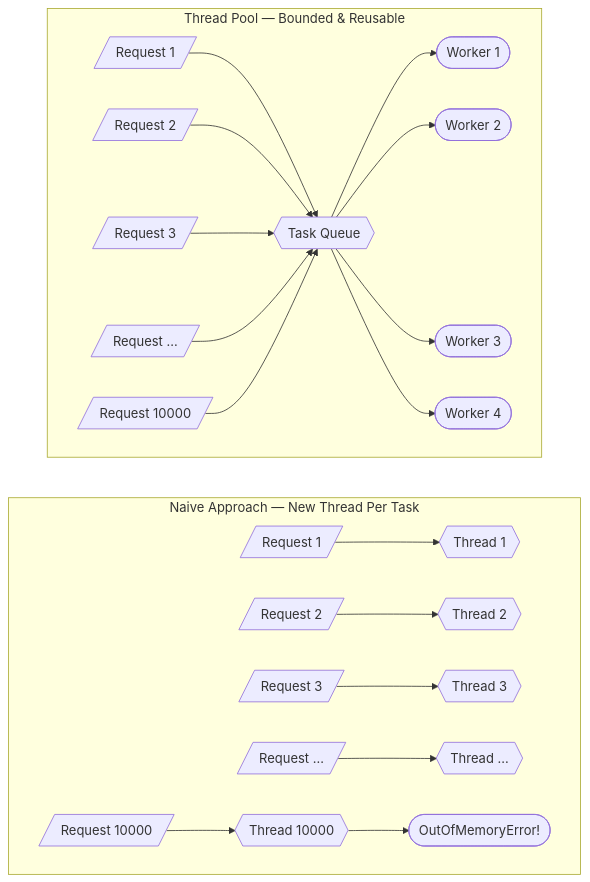
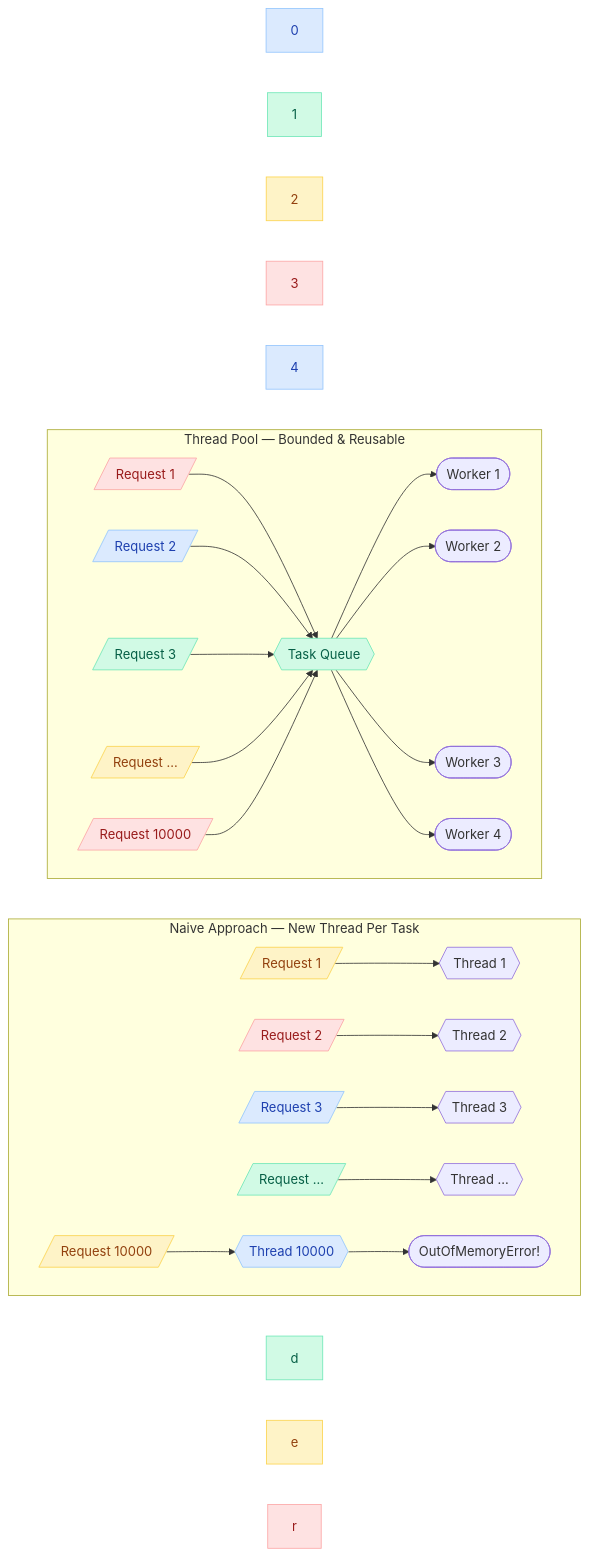
Before and after one commit to saivamsikaruturi/vamsilabs-dev-notes-main: the first of 5 diagrams in docs/java/Executors.md, drawn with Mermaid. The commit also changed other lines of this file and 220 other files, not shown here.

First line of the commit message:
Add 50+ new Java/Spring Boot pages, rewrite CSS code blocks to Oracle style, fix all diagram colors

````diff
--- a/docs/java/Executors.md
+++ b/docs/java/Executors.md
@@ -20,25 +20,46 @@
 ```mermaid
 flowchart LR
     subgraph "Naive Approach — New Thread Per Task"
         direction LR
         R1[/"Request 1"/] --> T1{{"Thread 1"}}
         R2[/"Request 2"/] --> T2{{"Thread 2"}}
         R3[/"Request 3"/] --> T3{{"Thread 3"}}
         R4[/"Request ..."/] --> T4{{"Thread ..."}}
         R5[/"Request 10000"/] --> T5{{"Thread 10000"}}
         T5 --> OOM(["OutOfMemoryError!"])
     end
 
     subgraph "Thread Pool — Bounded & Reusable"
         direction LR
         RR1[/"Request 1"/] --> Q{{"Task Queue"}}
         RR2[/"Request 2"/] --> Q
         RR3[/"Request 3"/] --> Q
         RR4[/"Request ..."/] --> Q
         RR5[/"Request 10000"/] --> Q
         Q --> W1(["Worker 1"])
         Q --> W2(["Worker 2"])
         Q --> W3(["Worker 3"])
         Q --> W4(["Worker 4"])
     end
+
+    style 0 fill:#DBEAFE,stroke:#93C5FD,color:#1E40AF
+    style 1 fill:#D1FAE5,stroke:#6EE7B7,color:#065F46
+    style 2 fill:#FEF3C7,stroke:#FCD34D,color:#92400E
+    style 3 fill:#FEE2E2,stroke:#FCA5A5,color:#991B1B
+    style 4 fill:#DBEAFE,stroke:#93C5FD,color:#1E40AF
+    style Q fill:#D1FAE5,stroke:#6EE7B7,color:#065F46
+    style R1 fill:#FEF3C7,stroke:#FCD34D,color:#92400E
+    style R2 fill:#FEE2E2,stroke:#FCA5A5,color:#991B1B
+    style R3 fill:#DBEAFE,stroke:#93C5FD,color:#1E40AF
+    style R4 fill:#D1FAE5,stroke:#6EE7B7,color:#065F46
+    style R5 fill:#FEF3C7,stroke:#FCD34D,color:#92400E
+    style RR1 fill:#FEE2E2,stroke:#FCA5A5,color:#991B1B
+    style RR2 fill:#DBEAFE,stroke:#93C5FD,color:#1E40AF
+    style RR3 fill:#D1FAE5,stroke:#6EE7B7,color:#065F46
+    style RR4 fill:#FEF3C7,stroke:#FCD34D,color:#92400E
+    style RR5 fill:#FEE2E2,stroke:#FCA5A5,color:#991B1B
+    style T5 fill:#DBEAFE,stroke:#93C5FD,color:#1E40AF
+    style d fill:#D1FAE5,stroke:#6EE7B7,color:#065F46
+    style e fill:#FEF3C7,stroke:#FCD34D,color:#92400E
+    style r fill:#FEE2E2,stroke:#FCA5A5,color:#991B1B
 ```
````
